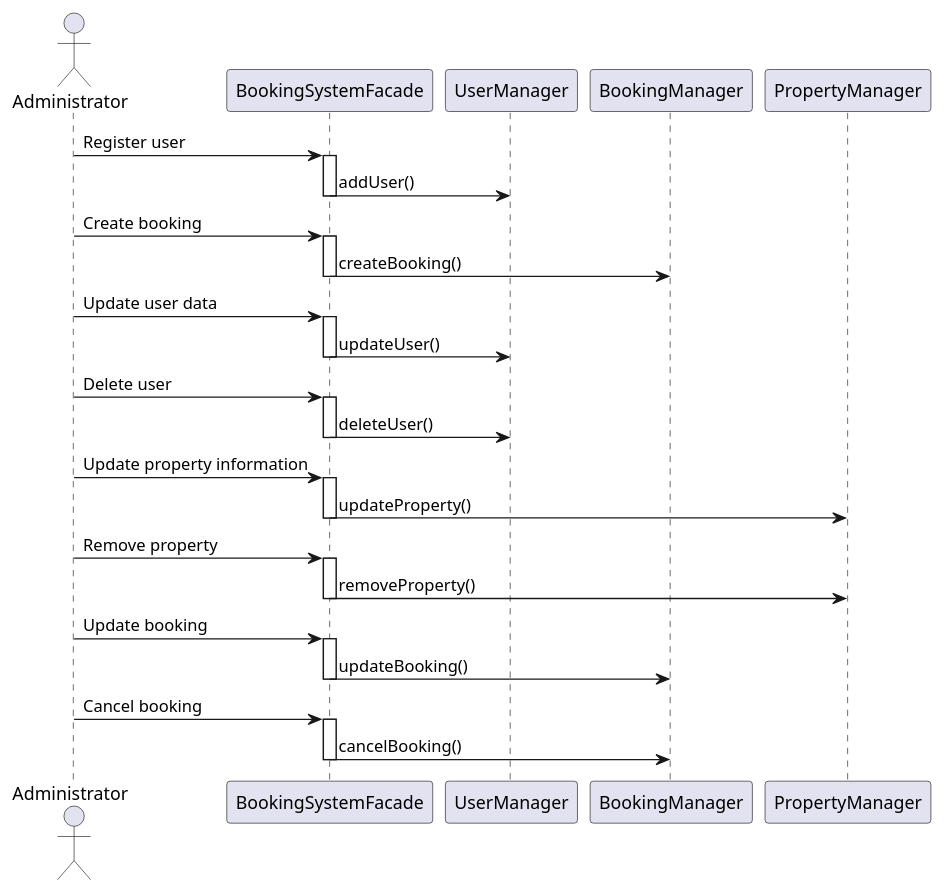
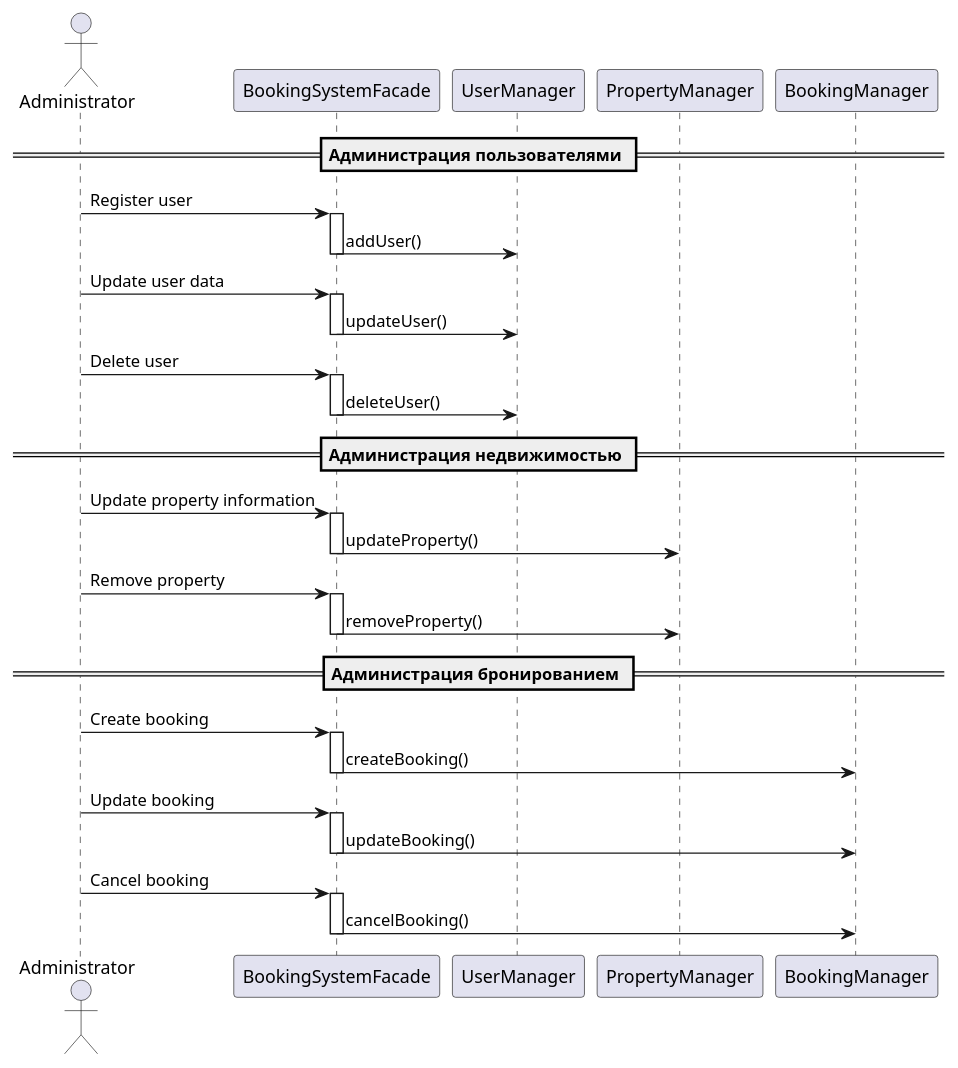
Before and after one commit to penamarth/bsbo-01-22_team4_var8: the diagram in precedents/SystemAdministration/SystemAdministrationSequenceDiagram.md, drawn with PlantUML. The commit also changed 1 other file, not shown here.

Commit message:
Update SolvingProblems diagramm

````diff
--- a/precedents/SystemAdministration/SystemAdministrationSequenceDiagram.md
+++ b/precedents/SystemAdministration/SystemAdministrationSequenceDiagram.md
@@ -1,51 +1,56 @@
 ```plantuml
 
 @startuml
 
 actor "Administrator" as Admin
 participant "BookingSystemFacade" as System
 
+== Администрация пользователями ==
 
 Admin -> System: Register user
 activate System
 System -> UserManager: addUser()
-deactivate System
-
-Admin -> System: Create booking
-activate System
-System -> BookingManager: createBooking()
 deactivate System
 
 Admin -> System: Update user data
 activate System
 System -> UserManager: updateUser()
 deactivate System
 
 Admin -> System: Delete user
 activate System
 System -> UserManager: deleteUser()
 deactivate System
 
+== Администрация недвижимостью ==
+
 Admin -> System: Update property information
 activate System
 System -> PropertyManager: updateProperty()
 deactivate System
 
 Admin -> System: Remove property
 activate System
 System -> PropertyManager: removeProperty()
+deactivate System
+
+== Администрация бронированием ==
+
+Admin -> System: Create booking
+activate System
+System -> BookingManager: createBooking()
 deactivate System
 
 Admin -> System: Update booking
 activate System
 System -> BookingManager: updateBooking()
 deactivate System
 
 Admin -> System: Cancel booking
 activate System
 System -> BookingManager: cancelBooking()
 deactivate System
 
 @enduml
 
 ```
````
